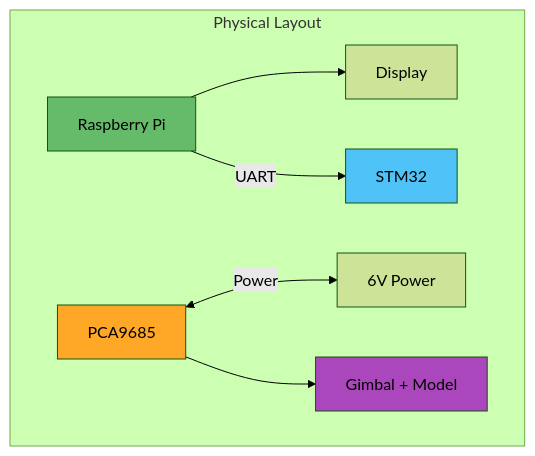
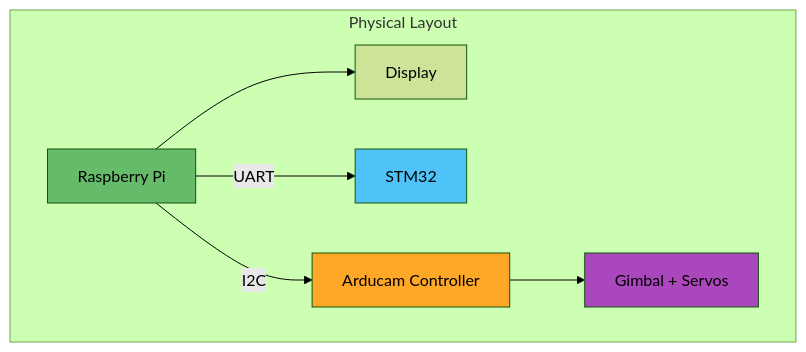
The third of 3 diagrams in docs/components/hardware-integration.md (rghsoftware/stellar-navigation), drawn with Mermaid (forest theme) before and after one commit. The commit also changed other lines of this file and 1 other file, not shown here.

````diff
--- a/docs/components/hardware-integration.md
+++ b/docs/components/hardware-integration.md
@@ -340,15 +326,15 @@
 ```mermaid
 graph TB
     subgraph "Physical Layout"
         Pi[Raspberry Pi]
         Pi --> Display
         Pi -->|UART| STM32
-        PCA[PCA9685] <-->|Power| PSU[6V Power]
-        PCA --> Gimbal[Gimbal + Model]
+        Pi -->|I2C| Arducam[Arducam Controller]
+        Arducam --> Gimbal[Gimbal + Servos]
     end
-    
+
     style Pi fill:#66bb6a
     style STM32 fill:#4fc3f7
-    style PCA fill:#ffa726
+    style Arducam fill:#ffa726
     style Gimbal fill:#ab47bc
 ```
````
